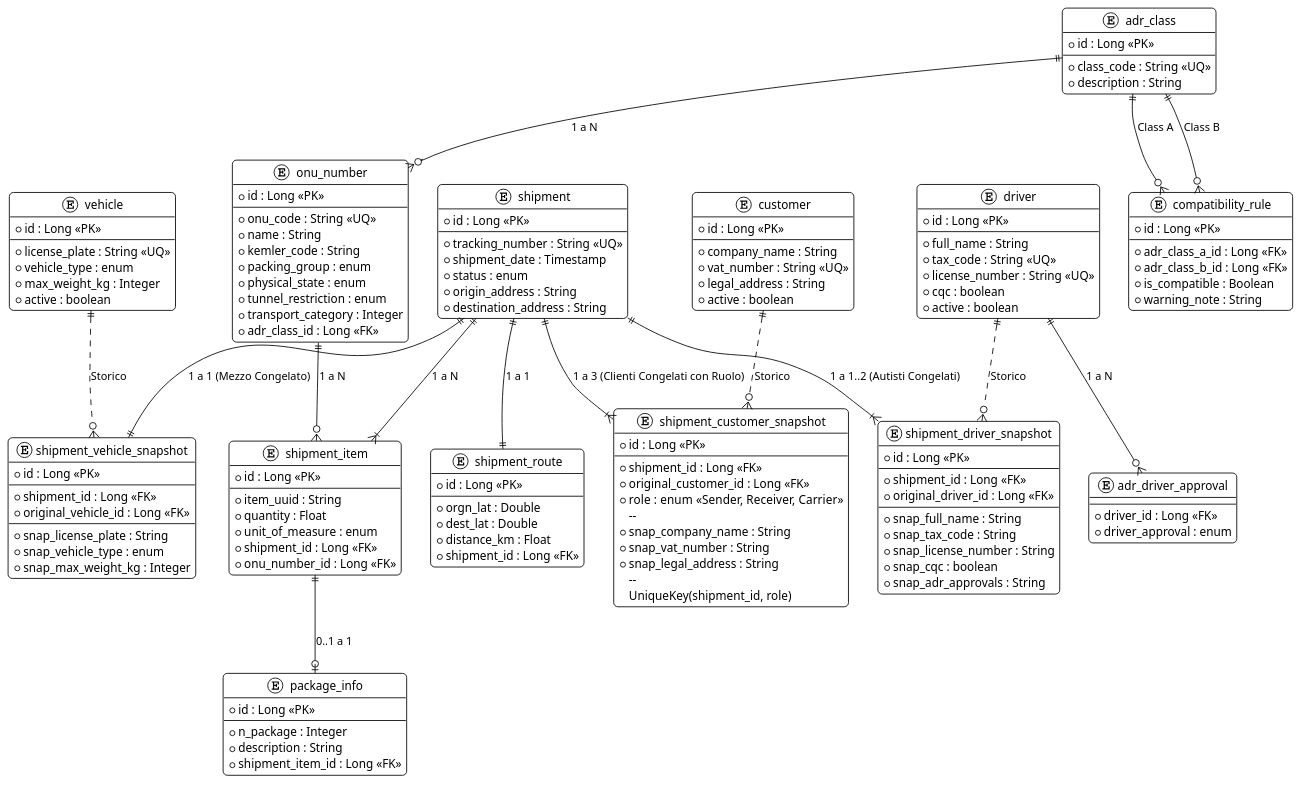
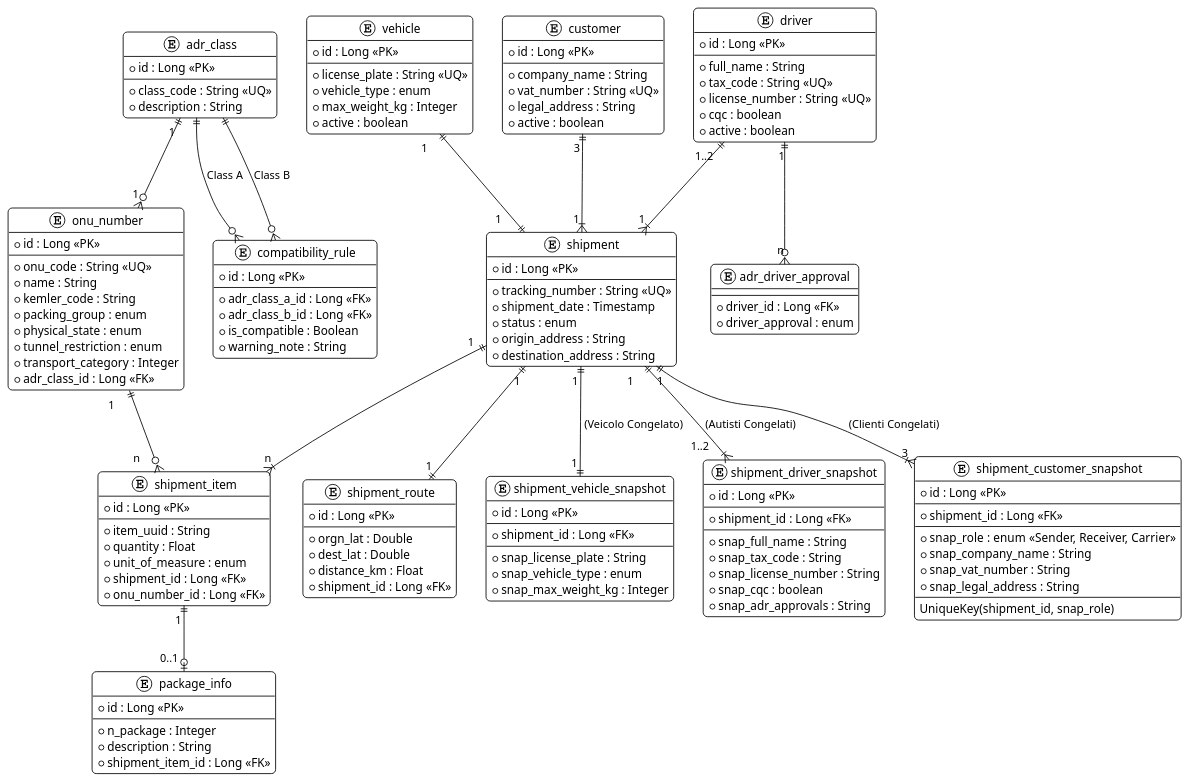
One commit to GiovanniVinciguerra/adrsentinel changed the diagram in dev/er_schema.puml. Above: the diagram before and after it, drawn with PlantUML. The commit also changed 10 other files, not shown here.

Commit message:
Snelliti i ResponseDTO e completato il refactoring del DB Schema

```diff
--- a/dev/er_schema.puml
+++ b/dev/er_schema.puml
@@ -1,179 +1,176 @@
 @startuml
 
 !theme plain
 skinparam roundcorner 10
 skinparam class {
     BackgroundColor White
     ArrowColor Black
     BorderColor Black
 }
+
+' DISCLAIMER: le tabelle ponte, per gestire la molteplicità, tra le entità Shipment, Customer e Driver sono state volutamente omesse per una migliore leggibilità
 
 ' DOMINIO NORMATIVO (ADR / UN)
 
 entity "adr_class" as Classes {
   * id : Long <<PK>>
   --
   * class_code : String <<UQ>>
   * description : String
 }
 
 entity "onu_number" as UN {
   * id : Long <<PK>>
   --
   * onu_code : String <<UQ>>
   * name : String
   * kemler_code : String
   * packing_group : enum
   * physical_state : enum
   * tunnel_restriction : enum
   * transport_category : Integer
   * adr_class_id : Long <<FK>>
 }
 
 entity "compatibility_rule" as Rules {
   * id : Long <<PK>>
   --
   * adr_class_a_id : Long <<FK>>
   * adr_class_b_id : Long <<FK>>
   * is_compatible : Boolean
   * warning_note : String
 }
 
 ' DOMINIO ANAGRAFICHE (Master Data - No FK Spedizioni)
 
 entity "vehicle" as Vehicles {
   * id : Long <<PK>>
   --
   * license_plate : String <<UQ>>
   * vehicle_type : enum
   * max_weight_kg : Integer
   * active : boolean
 }
 
 entity "customer" as Customer {
 	* id : Long <<PK>>
 	--
 	* company_name : String
 	* vat_number : String <<UQ>>
 	* legal_address : String
     * active : boolean
 }
 
 entity "driver" as Driver {
 	* id : Long <<PK>>
 	--
 	* full_name : String
 	* tax_code : String <<UQ>>
 	* license_number : String <<UQ>>
 	* cqc : boolean
 	* active : boolean
 }
 
 entity "adr_driver_approval" as DriverApproval {
 	--
 	* driver_id : Long <<FK>>
 	* driver_approval : enum
 }
 
 ' DOMINIO TRANSAZIONALE (La Spedizione)
 
 entity "shipment" as Shipments {
   * id : Long <<PK>>
   --
   * tracking_number : String <<UQ>>
   * shipment_date : Timestamp
   * status : enum
   * origin_address : String
   * destination_address : String
 }
 
 entity "shipment_item" as Items {
   * id : Long <<PK>>
   --
   * item_uuid : String
   * quantity : Float
   * unit_of_measure : enum
   * shipment_id : Long <<FK>>
   * onu_number_id : Long <<FK>>
 }
 
 entity "package_info" as PackageInfo {
 	* id : Long <<PK>>
 	--
 	* n_package : Integer
 	* description : String
 	* shipment_item_id : Long <<FK>>
 }
 
 entity "shipment_route" as ShipmentRoute {
 	* id : Long <<PK>>
 	--
 	* orgn_lat : Double
 	* dest_lat : Double
 	* distance_km : Float
 	* shipment_id : Long <<FK>>
 }
 
 ' DOMINIO SNAPSHOT LEGALI (Shadow Tables / Join Tables)
 
 entity "shipment_vehicle_snapshot" as VehicleSnapshot {
     * id : Long <<PK>>
 	--
 	* shipment_id : Long <<FK>>
-    * original_vehicle_id : Long <<FK>>
     --
 	* snap_license_plate : String
 	* snap_vehicle_type : enum
 	* snap_max_weight_kg : Integer
 }
 
 entity "shipment_driver_snapshot" as DriverSnapshot {
     * id : Long <<PK>>
 	--
 	* shipment_id : Long <<FK>>
-    * original_driver_id : Long <<FK>>
     --
 	* snap_full_name : String
 	* snap_tax_code : String 
 	* snap_license_number : String
 	* snap_cqc : boolean
     * snap_adr_approvals : String
 }
 
 entity "shipment_customer_snapshot" as CustomerSnapshot {
 	* id : Long <<PK>>
 	--
 	* shipment_id : Long <<FK>>
-    * original_customer_id : Long <<FK>>
-    * role : enum <<Sender, Receiver, Carrier>>
-    --
+	--
+    * snap_role : enum <<Sender, Receiver, Carrier>>
 	* snap_company_name : String
 	* snap_vat_number : String
 	* snap_legal_address : String
-    --
-    UniqueKey(shipment_id, role)
+	--
+    UniqueKey(shipment_id, snap_role)
 }
 
 ' RELAZIONI
 
-Classes ||--o{ UN : "1 a N"
+Classes "1 " ||--o{ "1 " UN
 Classes ||--o{ Rules : "Class A"
 Classes ||--o{ Rules : "Class B"
 
-Shipments ||--|{ Items : "1 a N"
-UN ||--o{ Items : "1 a N"
-Shipments ||--|| ShipmentRoute : "1 a 1"
-Items ||--o| PackageInfo : "0..1 a 1"
-Driver ||--o{ DriverApproval : "1 a N"
-
-' Relazioni Anagrafiche -> Snapshot (Uno a Molti Storico)
-Vehicles ||..o{ VehicleSnapshot : "Storico"
-Driver ||..o{ DriverSnapshot : "Storico"
-Customer ||..o{ CustomerSnapshot : "Storico"
+Vehicles "1\t" ||--|| "1\t" Shipments
+Driver "1..2\t" ||--|{ "1 " Shipments
+Customer "3 " ||--|{ "1 " Shipments
+Shipments "1  " ||--|{ "n " Items
+UN "1\t" ||--o{ "n\t" Items
+Shipments "1" ||--|| "1 " ShipmentRoute
+Items "1 " ||--o| "0..1\t" PackageInfo
+Driver "1" ||--o{ "n" DriverApproval
 
 ' Relazioni Spedizione -> Snapshot (Il "Congelamento")
-Shipments ||--|| VehicleSnapshot : "1 a 1 (Mezzo Congelato)"
-Shipments ||--|{ DriverSnapshot : "1 a 1..2 (Autisti Congelati)"
-Shipments ||--|{ CustomerSnapshot : "1 a 3 (Clienti Congelati con Ruolo)"
+Shipments "1 " ||--|| "1 " VehicleSnapshot : " (Veicolo Congelato)"
+Shipments "1\t" ||--|{ "1..2     " DriverSnapshot : " (Autisti Congelati)"
+Shipments "1" ||--|{ "3" CustomerSnapshot : " (Clienti Congelati)"
 
 @enduml
```
